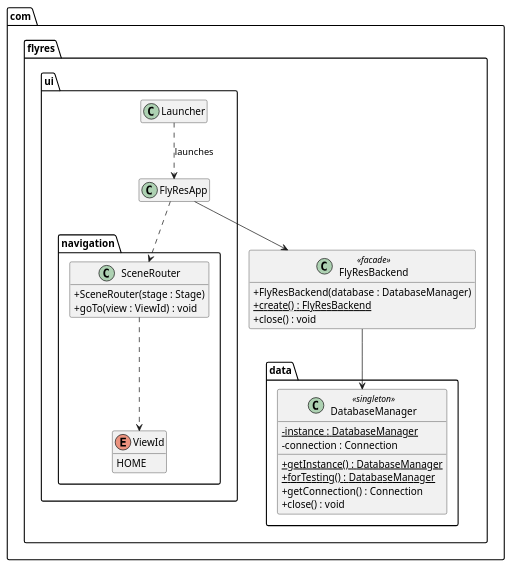
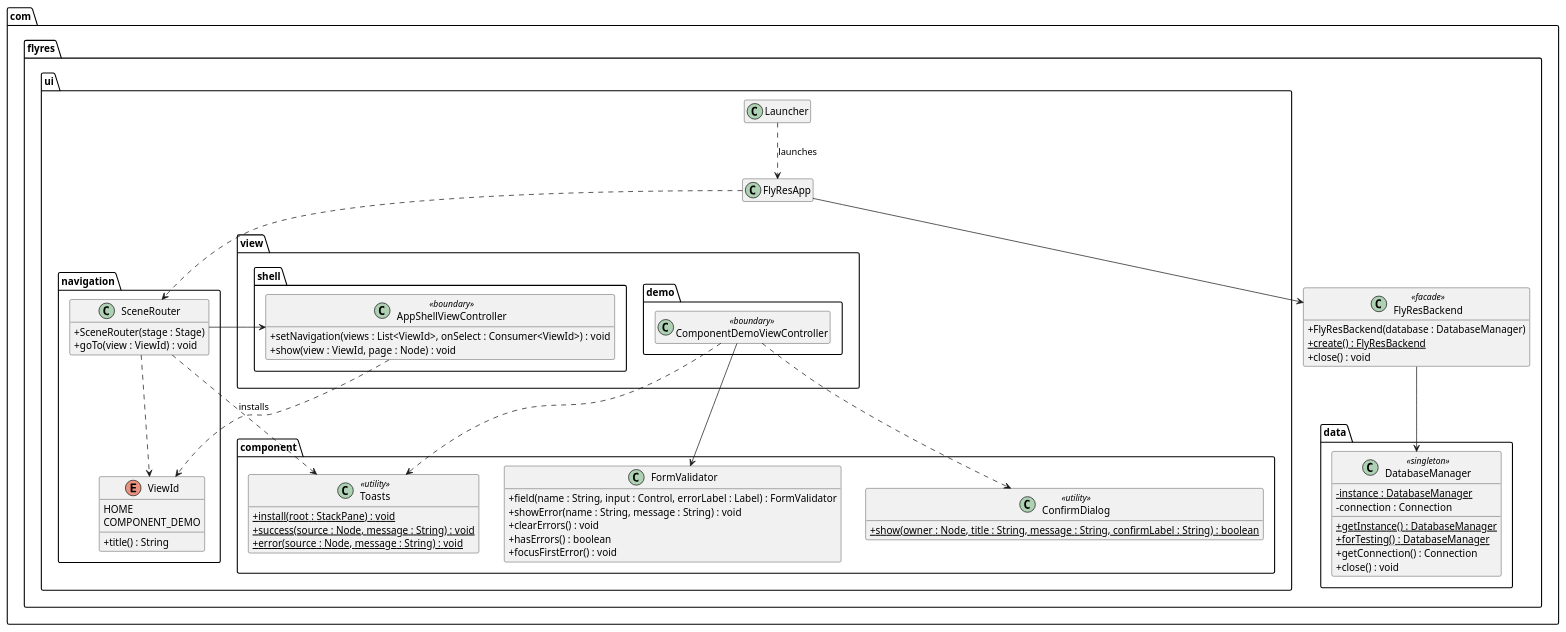
Before and after one commit to NotAlpha45/FlyRes: the diagram in docs/diagrams/class-diagram.puml, drawn with PlantUML. The commit also changed 12 other files, not shown here.

First line of the commit message:
FLY-03: add app shell, theme and shared UI components

```diff
--- a/docs/diagrams/class-diagram.puml
+++ b/docs/diagrams/class-diagram.puml
@@ -1,45 +1,82 @@
 @startuml class-diagram
 ' FlyRes class diagram. Update it whenever a class or public control method is added.
 skinparam classAttributeIconSize 0
 hide empty members
 
 package "com.flyres" {
   class FlyResBackend <<facade>> {
     + FlyResBackend(database : DatabaseManager)
     + {static} create() : FlyResBackend
     + close() : void
   }
 }
 
 package "com.flyres.data" {
   class DatabaseManager <<singleton>> {
     - {static} instance : DatabaseManager
     - connection : Connection
     + {static} getInstance() : DatabaseManager
     + {static} forTesting() : DatabaseManager
     + getConnection() : Connection
     + close() : void
   }
 }
 
 package "com.flyres.ui" {
   class FlyResApp
   class Launcher
 }
 
 package "com.flyres.ui.navigation" {
   class SceneRouter {
     + SceneRouter(stage : Stage)
     + goTo(view : ViewId) : void
   }
   enum ViewId {
     HOME
+    COMPONENT_DEMO
+    + title() : String
   }
+}
+
+package "com.flyres.ui.component" {
+  class Toasts <<utility>> {
+    + {static} install(root : StackPane) : void
+    + {static} success(source : Node, message : String) : void
+    + {static} error(source : Node, message : String) : void
+  }
+  class ConfirmDialog <<utility>> {
+    + {static} show(owner : Node, title : String, message : String, confirmLabel : String) : boolean
+  }
+  class FormValidator {
+    + field(name : String, input : Control, errorLabel : Label) : FormValidator
+    + showError(name : String, message : String) : void
+    + clearErrors() : void
+    + hasErrors() : boolean
+    + focusFirstError() : void
+  }
+}
+
+package "com.flyres.ui.view.shell" {
+  class AppShellViewController <<boundary>> {
+    + setNavigation(views : List<ViewId>, onSelect : Consumer<ViewId>) : void
+    + show(view : ViewId, page : Node) : void
+  }
+}
+
+package "com.flyres.ui.view.demo" {
+  class ComponentDemoViewController <<boundary>>
 }
 
 FlyResBackend --> DatabaseManager
 Launcher ..> FlyResApp : launches
 FlyResApp --> FlyResBackend
 FlyResApp ..> SceneRouter
 SceneRouter ..> ViewId
+SceneRouter --> AppShellViewController
+SceneRouter ..> Toasts : installs
+AppShellViewController ..> ViewId
+ComponentDemoViewController ..> Toasts
+ComponentDemoViewController ..> ConfirmDialog
+ComponentDemoViewController --> FormValidator
 @enduml
```
